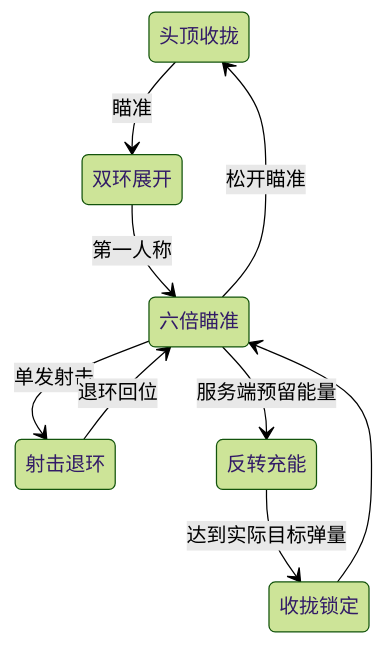
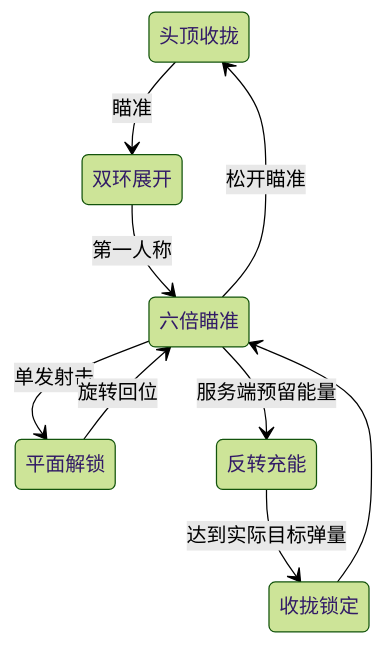
The diagram in Docs/SniperHalo.md (MorrowHome/Moonkov), drawn with Mermaid (forest theme) before and after one commit. The commit also changed other lines of this file and 11 other files, not shown here.

Commit message:
fix(weapons): enlarge rifle and sniper halos with flat graphics

````diff
--- a/Docs/SniperHalo.md
+++ b/Docs/SniperHalo.md
@@ -20,11 +23,11 @@
 ```mermaid
 stateDiagram-v2
     头顶收拢 --> 双环展开: 瞄准
     双环展开 --> 六倍瞄准: 第一人称
-    六倍瞄准 --> 射击退环: 单发射击
-    射击退环 --> 六倍瞄准: 退环回位
+    六倍瞄准 --> 平面解锁: 单发射击
+    平面解锁 --> 六倍瞄准: 旋转回位
     六倍瞄准 --> 反转充能: 服务端预留能量
     反转充能 --> 收拢锁定: 达到实际目标弹量
     收拢锁定 --> 六倍瞄准
     六倍瞄准 --> 头顶收拢: 松开瞄准
 ```
````
